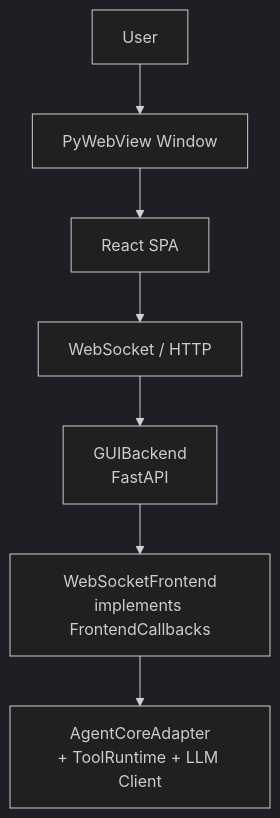
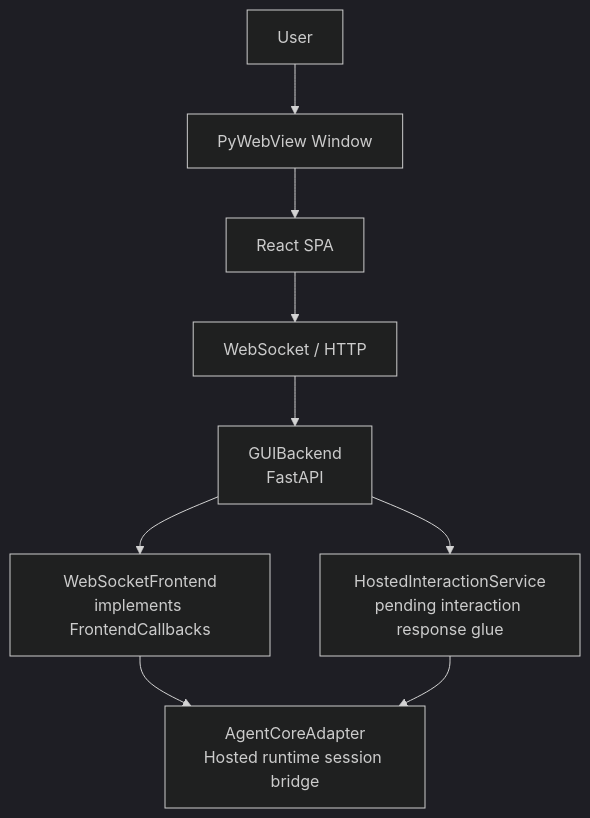
Before and after one commit to czh869452912/ccode-win7: the diagram in docs/modules/frontend-gui.md, drawn with Mermaid (dark theme). The commit also changed other lines of this file and 10 other files, not shown here.

````diff
--- a/docs/modules/frontend-gui.md
+++ b/docs/modules/frontend-gui.md
@@ -66,9 +66,11 @@
 ```mermaid
 flowchart TD
     User["User"] --> Window["PyWebView Window"]
     Window --> SPA["React SPA"]
     SPA --> WS["WebSocket / HTTP"]
     WS --> Backend["GUIBackend<br/>FastAPI"]
     Backend --> WSF["WebSocketFrontend<br/>implements FrontendCallbacks"]
-    WSF --> Adapter["AgentCoreAdapter<br/>+ ToolRuntime + LLM Client"]
+    WSF --> Adapter["AgentCoreAdapter<br/>Hosted runtime session bridge"]
+    Backend --> Interaction["HostedInteractionService<br/>pending interaction response glue"]
+    Interaction --> Adapter
 ```
````
